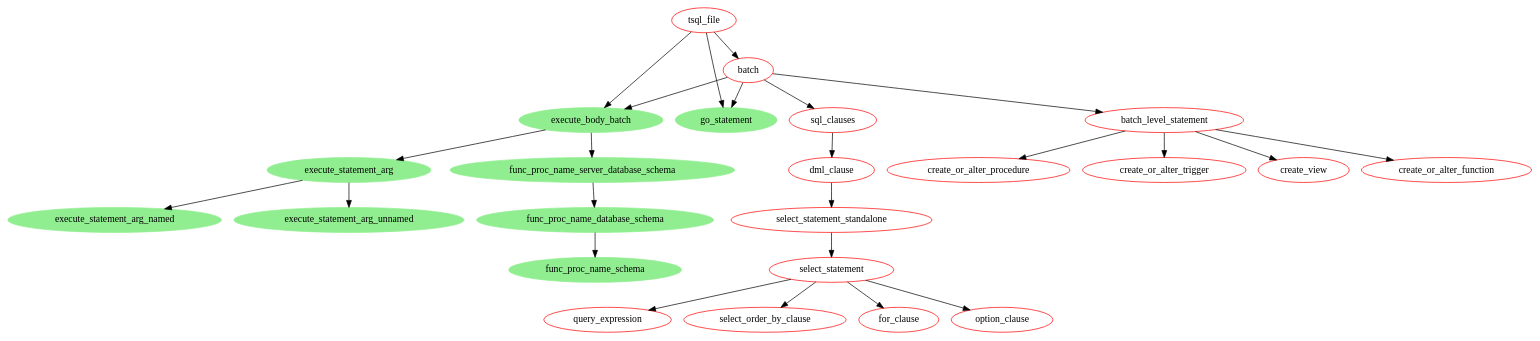
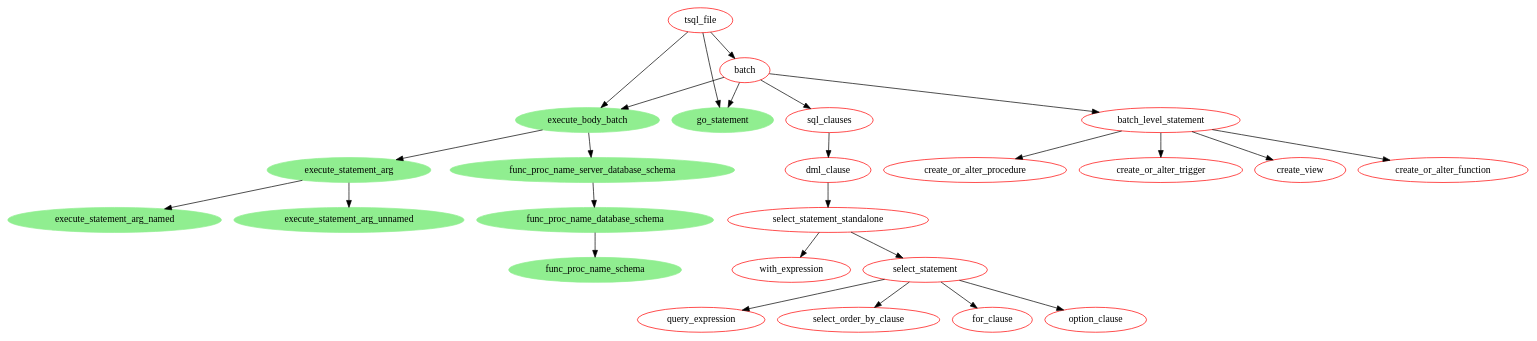
The diagram in docs/roadmap/build/roadmap.dot (Crary-Systems/tree-sitter-tsql), drawn with Graphviz before and after one commit. The commit also changed 5 other files, not shown here.

Commit message:
Add roadmap work on select_statement_standalone missing with_expression

```diff
--- a/docs/roadmap/build/roadmap.dot
+++ b/docs/roadmap/build/roadmap.dot
@@ -1,152 +1,160 @@
 digraph Roadmap {
   node [color=red]
 
   
   subgraph {
   tsql_file
     [URL="https://github.com/Crary-Systems/tree-sitter-tsql/blob/main/grammar.js#L46"]
 
   tsql_file -> batch
   tsql_file -> execute_body_batch
   tsql_file -> go_statement
 }
 
   subgraph {
   batch
     [URL="https://github.com/Crary-Systems/tree-sitter-tsql/blob/main/grammar.js#L51"]
 
   batch -> go_statement;
   batch -> execute_body_batch;
 
   batch -> sql_clauses;
   batch -> batch_level_statement;
 }
 
   subgraph {
   execute_body_batch
     [style=filled
     ,color=lightgreen
     ,URL="https://github.com/Crary-Systems/tree-sitter-tsql/blob/main/test/corpus/batch.txt#L74"]
 
   execute_body_batch -> func_proc_name_server_database_schema
   execute_body_batch -> execute_statement_arg
 }
 
   subgraph {
   go_statement [style=filled, color=lightgreen, URL="https://github.com/Crary-Systems/tree-sitter-tsql/blob/main/test/corpus/go.txt"]
 }
 
   subgraph {
   execute_statement_arg
     [style=filled
     ,color=lightgreen
     ,URL="https://github.com/Crary-Systems/tree-sitter-tsql/blob/main/test/corpus/execute_statement_arg.txt"]
 
   execute_statement_arg -> execute_statement_arg_named
   execute_statement_arg -> execute_statement_arg_unnamed
 }
 
   subgraph {
   execute_statement_arg_named
     [style=filled
     ,color=lightgreen
     ,URL="https://github.com/Crary-Systems/tree-sitter-tsql/blob/main/test/corpus/execute_statement_arg.txt#L2"]
 }
 
   subgraph {
   execute_statement_arg_unnamed
     [style=filled
     ,color=lightgreen
     ,URL="https://github.com/Crary-Systems/tree-sitter-tsql/blob/main/test/corpus/execute_statement_arg.txt#L42"]
 }
 
   subgraph {
   func_proc_name_server_database_schema
     [style=filled
     ,color=lightgreen
     ,URL="https://github.com/Crary-Systems/tree-sitter-tsql/blob/main/test/corpus/func_proc_name_server_database_schema.txt"]
 
   func_proc_name_server_database_schema -> func_proc_name_database_schema
 }
 
   subgraph {
   func_proc_name_database_schema
     [style=filled
     ,color=lightgreen
     ,URL="https://github.com/Crary-Systems/tree-sitter-tsql/blob/main/test/corpus/func_proc_name_server_database_schema.txt"]
 
   func_proc_name_database_schema -> func_proc_name_schema
 }
 
   subgraph {
   func_proc_name_schema
     [style=filled
     ,color=lightgreen
     ,URL="https://github.com/Crary-Systems/tree-sitter-tsql/blob/main/test/corpus/func_proc_name_server_database_schema.txt"]
 }
 
 
   ## TODO
   subgraph {
   sql_clauses
     [URL="https://github.com/Crary-Systems/tree-sitter-tsql/blob/4dda5f0b2a1d0c921fa68dff7fd5ffdb39467df3/grammar.js#L118-L122"]
 
   sql_clauses -> dml_clause
 }
 
   subgraph {
   dml_clause
     [URL="https://github.com/Crary-Systems/tree-sitter-tsql/blob/4dda5f0b2a1d0c921fa68dff7fd5ffdb39467df3/grammar.js#L192-L195"]
 
   dml_clause -> select_statement_standalone
 }
 
   subgraph {
   select_statement_standalone
     [URL="https://github.com/Crary-Systems/tree-sitter-tsql/blob/4dda5f0b2a1d0c921fa68dff7fd5ffdb39467df3/grammar.js#L197-L200"]
 
   select_statement_standalone -> select_statement
+
+  ##TODO
+  select_statement_standalone -> with_expression
+}
+
+  subgraph {
+  with_expression
 }
 
   subgraph {
   select_statement
+    [URL="https://github.com/Crary-Systems/tree-sitter-tsql/blob/1f56e8217a05e0a7e09ce2955aee4c340190c598/grammar.js#L202-L206"]
 
   select_statement -> query_expression
 
   ##TODO
   select_statement -> select_order_by_clause
   select_statement -> for_clause
   select_statement -> option_clause
 }
 
   subgraph {
   query_expression
     [URL="https://github.com/Crary-Systems/tree-sitter-tsql/blob/main/grammar.js#L208-L211"]
 }
 
   subgraph {
   for_clause
 }
 
   subgraph {
   option_clause
 }
 
   subgraph {
   select_order_by_clause
 }
 
 
 
   subgraph {
   batch_level_statement
     [URL="https://github.com/Crary-Systems/tree-sitter-tsql/blob/main/grammar.js#L116"]
 
   //TODO ROADMAP
   batch_level_statement -> create_or_alter_function
   batch_level_statement -> create_or_alter_procedure
   batch_level_statement -> create_or_alter_trigger
   batch_level_statement -> create_view
 }
 
 }
```
